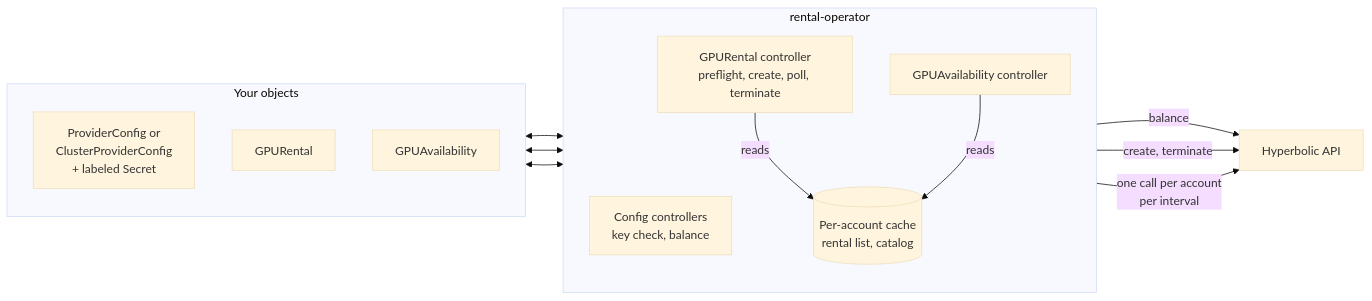
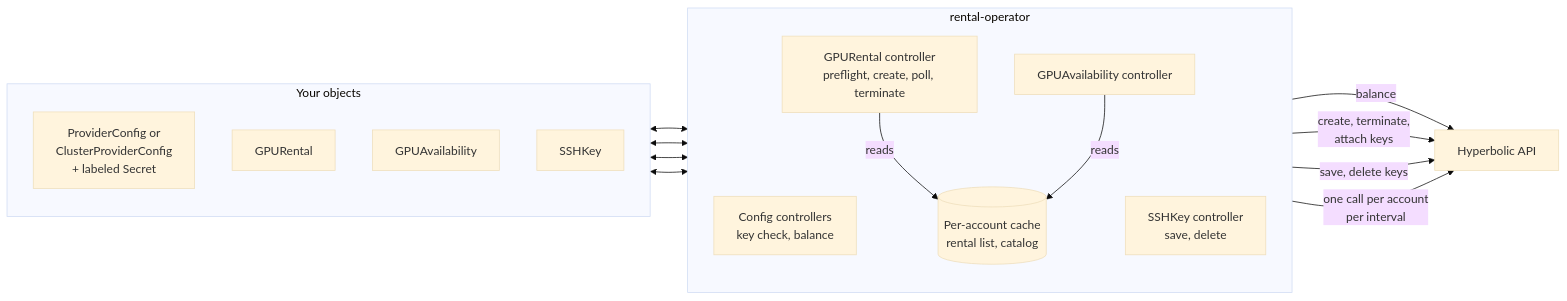
Before and after one commit to HyperbolicLabs/rental-operator: the first of 4 diagrams in docs/architecture.md, drawn with Mermaid (base theme). The commit also changed other lines of this file and 47 other files, not shown here.

First line of the commit message:
feat(api): SSHKey and GPURental sshKeyRefs (#35)

````diff
--- a/docs/architecture.md
+++ b/docs/architecture.md
@@ -14,25 +14,29 @@
 ```mermaid
 flowchart LR
   subgraph objects["Your objects"]
     direction TB
     config["ProviderConfig or<br/>ClusterProviderConfig<br/>+ labeled Secret"]
     rental["GPURental"]
     avail["GPUAvailability"]
+    sshkey["SSHKey"]
   end
   subgraph operator["rental-operator"]
     direction TB
     cfgctl["Config controllers<br/>key check, balance"]
     rentctl["GPURental controller<br/>preflight, create, poll, terminate"]
     availctl["GPUAvailability controller"]
+    keyctl["SSHKey controller<br/>save, delete"]
     cache[("Per-account cache<br/>rental list, catalog")]
   end
   api["Hyperbolic API"]
   config <--> cfgctl
   rental <--> rentctl
   avail <--> availctl
+  sshkey <--> keyctl
   rentctl -- "reads" --> cache
   availctl -- "reads" --> cache
   cfgctl -- "balance" --> api
-  rentctl -- "create, terminate" --> api
+  rentctl -- "create, terminate,<br/>attach keys" --> api
+  keyctl -- "save, delete keys" --> api
   cache -- "one call per account<br/>per interval" --> api
 ```
````
